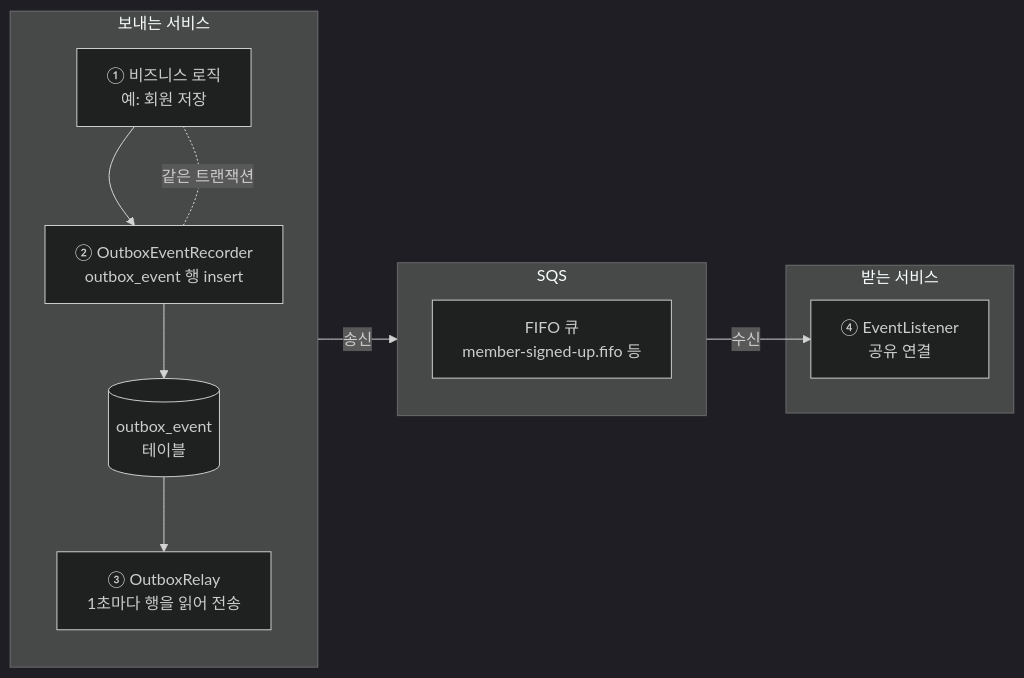
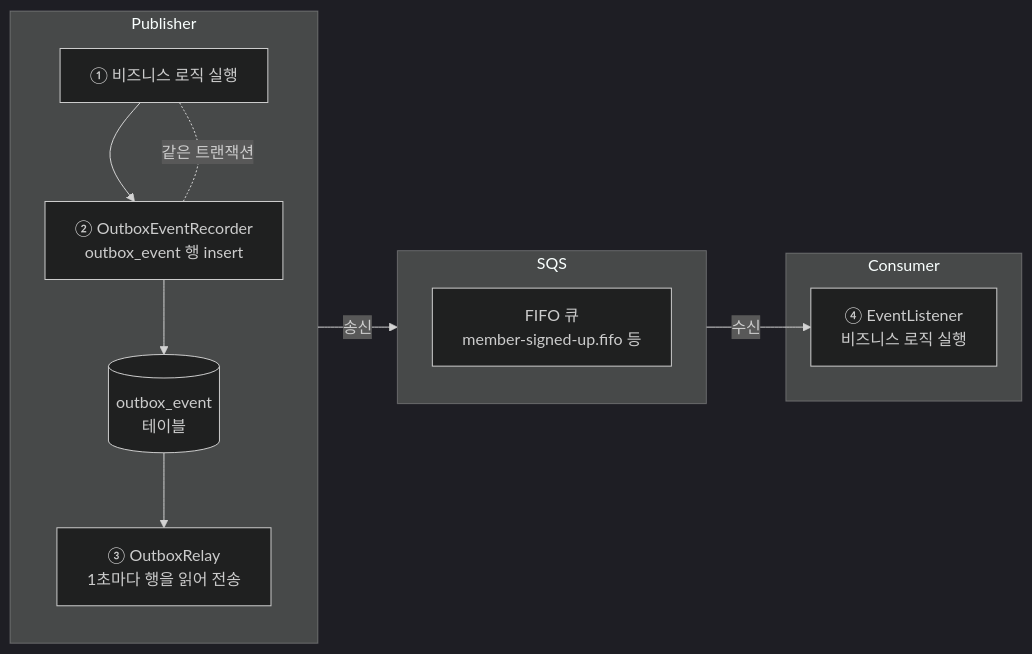
Before and after one commit to rivertw777/ModuDrive-API: the first of 4 diagrams in .docs/spec/messaging-spec.md, drawn with Mermaid (dark theme). The commit also changed other lines of this file, not shown here.

First line of the commit message:
docs: settle the publisher's send-failure policy

````diff
--- a/.docs/spec/messaging-spec.md
+++ b/.docs/spec/messaging-spec.md
@@ -16,23 +17,23 @@
 ```mermaid
 flowchart LR
-    subgraph P["보내는 서비스"]
+    subgraph P["Publisher"]
         direction TB
-        A["① 비즈니스 로직<br/>예: 회원 저장"] --> B["② OutboxEventRecorder<br/>outbox_event 행 insert"]
+        A["① 비즈니스 로직 실행"] --> B["② OutboxEventRecorder<br/>outbox_event 행 insert"]
         B -. 같은 트랜잭션 .- A
         C["③ OutboxRelay<br/>1초마다 행을 읽어 전송"]
         B --> DB[("outbox_event<br/>테이블")]
         DB --> C
     end
 
     subgraph Q["SQS"]
         direction TB
         MQ["FIFO 큐<br/>member-signed-up.fifo 등"]
     end
 
-    subgraph R["받는 서비스"]
-        L["④ EventListener<br/>공유 연결"]
+    subgraph R["Consumer"]
+        L["④ EventListener<br/>비즈니스 로직 실행"]
     end
 
     C -- "송신" --> MQ
     MQ -- "수신" --> L
 ```
````
